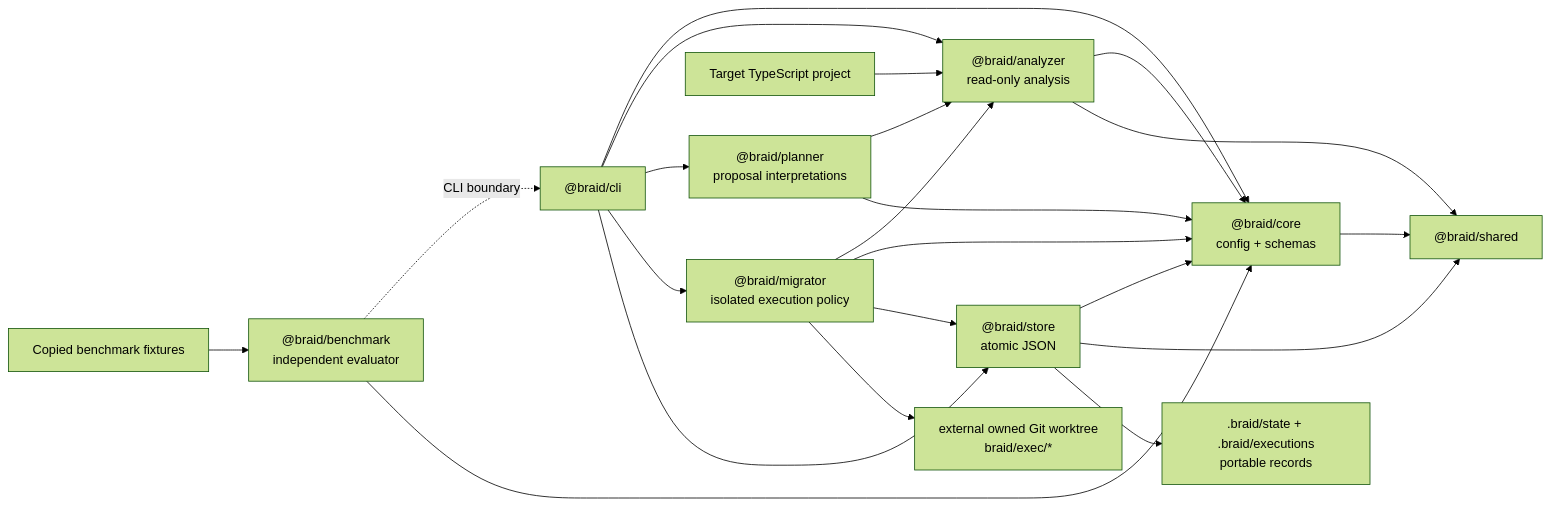
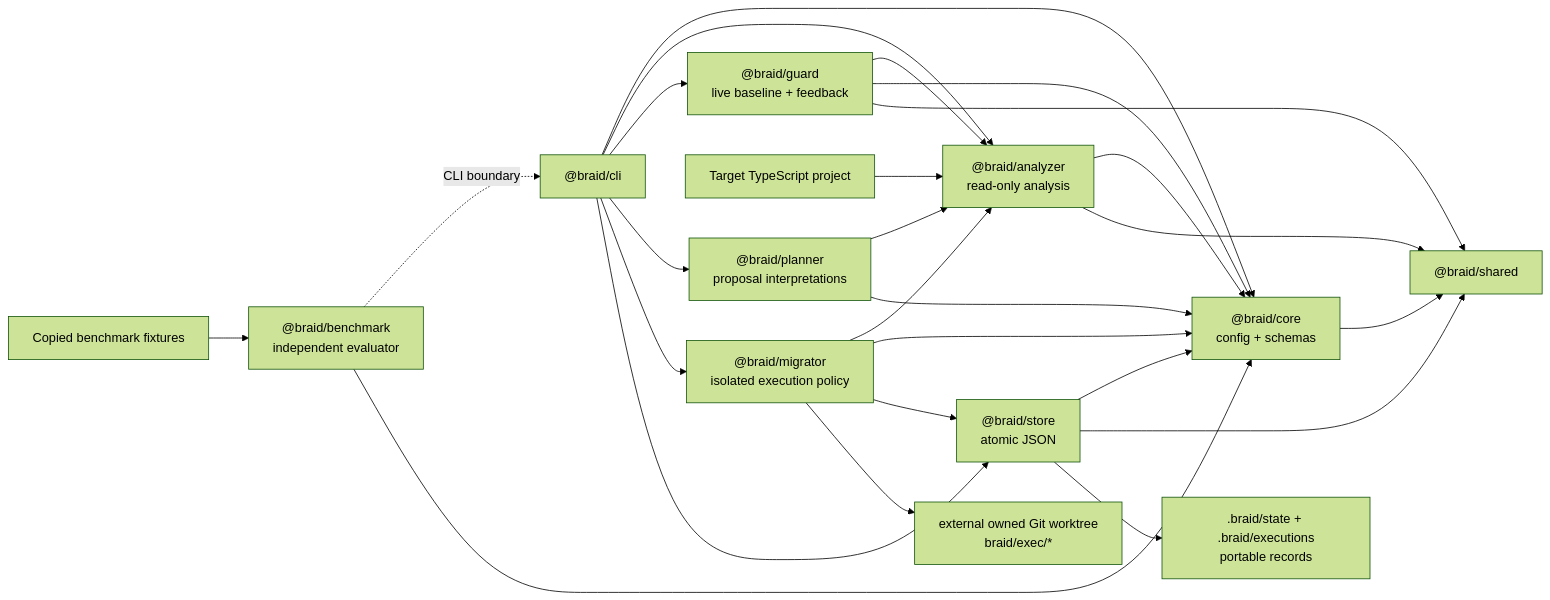
One commit to ting10688/braid changed the first of 3 diagrams in docs/architecture.md. Above: the diagram before and after it, drawn with Mermaid (forest theme). The commit also changed other lines of this file and 5 other files, not shown here.

````diff
--- a/docs/architecture.md
+++ b/docs/architecture.md
@@ -16,24 +18,28 @@
 ```mermaid
 flowchart LR
     CLI["@braid/cli"] --> Core["@braid/core<br/>config + schemas"]
     CLI --> Analyzer["@braid/analyzer<br/>read-only analysis"]
+    CLI --> Guard["@braid/guard<br/>live baseline + feedback"]
     CLI --> Planner["@braid/planner<br/>proposal interpretations"]
     CLI --> Migrator["@braid/migrator<br/>isolated execution policy"]
     CLI --> Store["@braid/store<br/>atomic JSON"]
     Analyzer --> Core
+    Guard --> Analyzer
+    Guard --> Core
+    Guard --> Shared
     Planner --> Analyzer
     Planner --> Core
     Migrator --> Analyzer
     Migrator --> Core
     Migrator --> Store
     Store --> Core
     Core --> Shared["@braid/shared"]
     Analyzer --> Shared
     Store --> Shared
     Project["Target TypeScript project"] --> Analyzer
     Store --> State[".braid/state + .braid/executions<br/>portable records"]
     Migrator --> Worktree["external owned Git worktree<br/>braid/exec/*"]
     Bench["@braid/benchmark<br/>independent evaluator"] -. CLI boundary .-> CLI
     Bench --> Core
     Fixtures["Copied benchmark fixtures"] --> Bench
 ```
````
